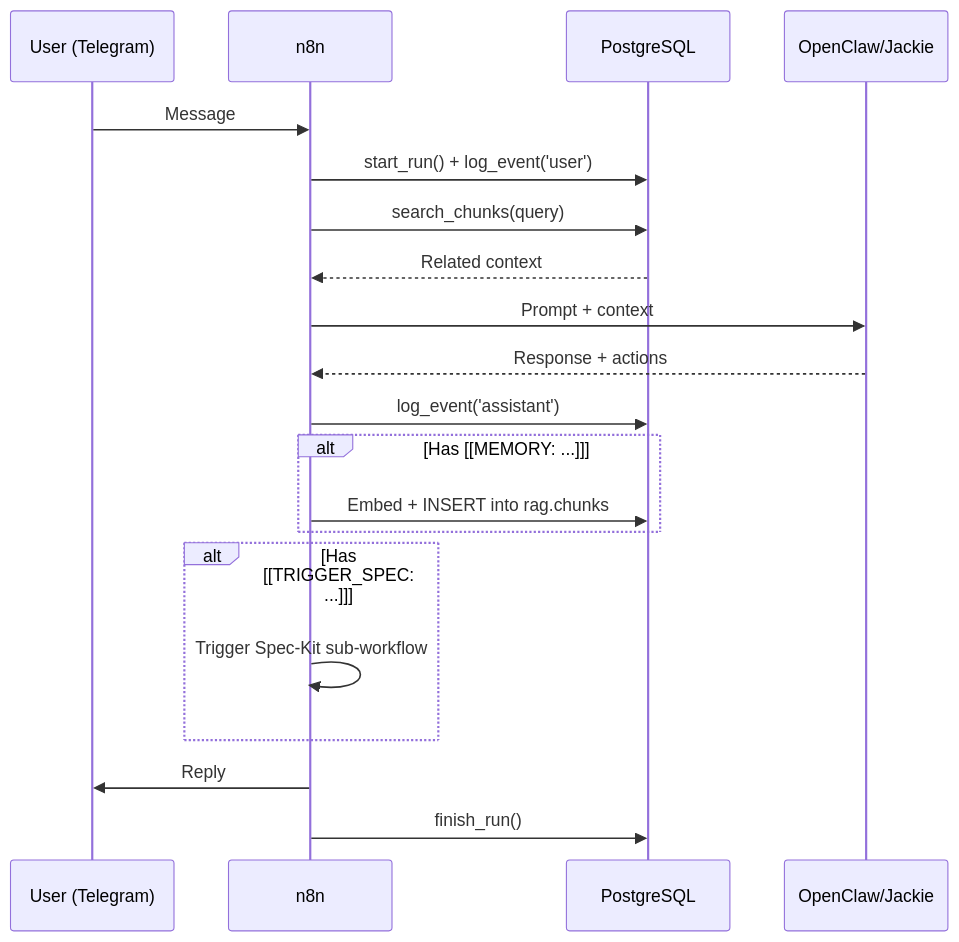
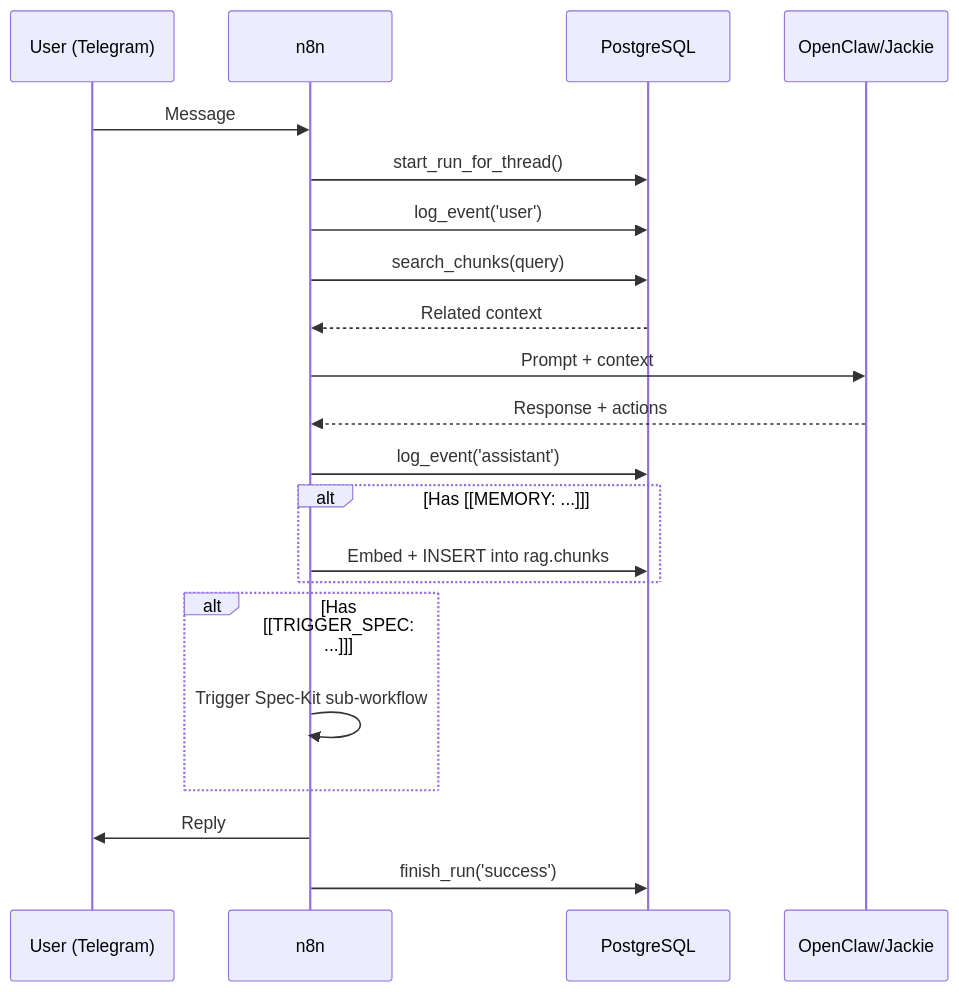
One commit to HonzaHezina/janAGI changed the diagram in ops/docs/ARCHITECTURE.md. Above: the diagram before and after it, drawn with Mermaid. The commit also changed other lines of this file and 16 other files, not shown here.

First line of the commit message:
refactor: full repo audit — align DB schema, configs, and docs to live workflows

````diff
--- a/ops/docs/ARCHITECTURE.md
+++ b/ops/docs/ARCHITECTURE.md
@@ -94,26 +94,27 @@
 ```mermaid
 sequenceDiagram
     participant U as User (Telegram)
     participant N as n8n
     participant DB as PostgreSQL
     participant AI as OpenClaw/Jackie
 
     U->>N: Message
-    N->>DB: start_run() + log_event('user')
+    N->>DB: start_run_for_thread()
+    N->>DB: log_event('user')
     N->>DB: search_chunks(query)
     DB-->>N: Related context
     N->>AI: Prompt + context
     AI-->>N: Response + actions
     N->>DB: log_event('assistant')
     
     alt Has [[MEMORY: ...]]
         N->>DB: Embed + INSERT into rag.chunks
     end
     
     alt Has [[TRIGGER_SPEC: ...]]
         N->>N: Trigger Spec-Kit sub-workflow
     end
     
     N->>U: Reply
-    N->>DB: finish_run()
+    N->>DB: finish_run('success')
 ```
````
